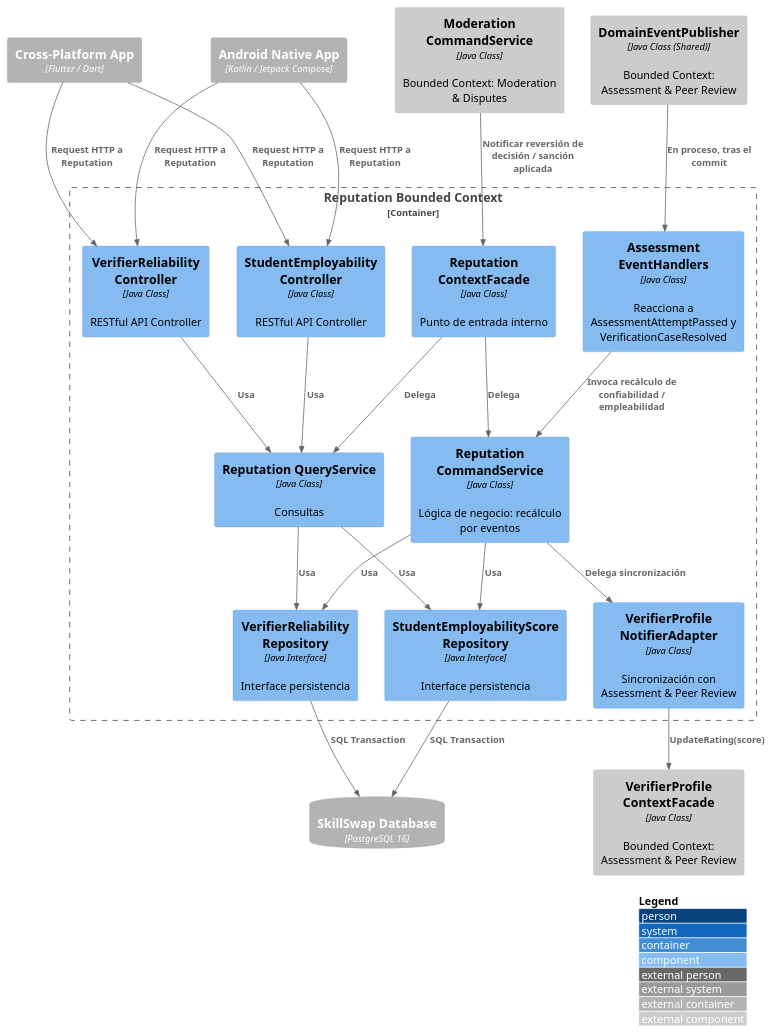
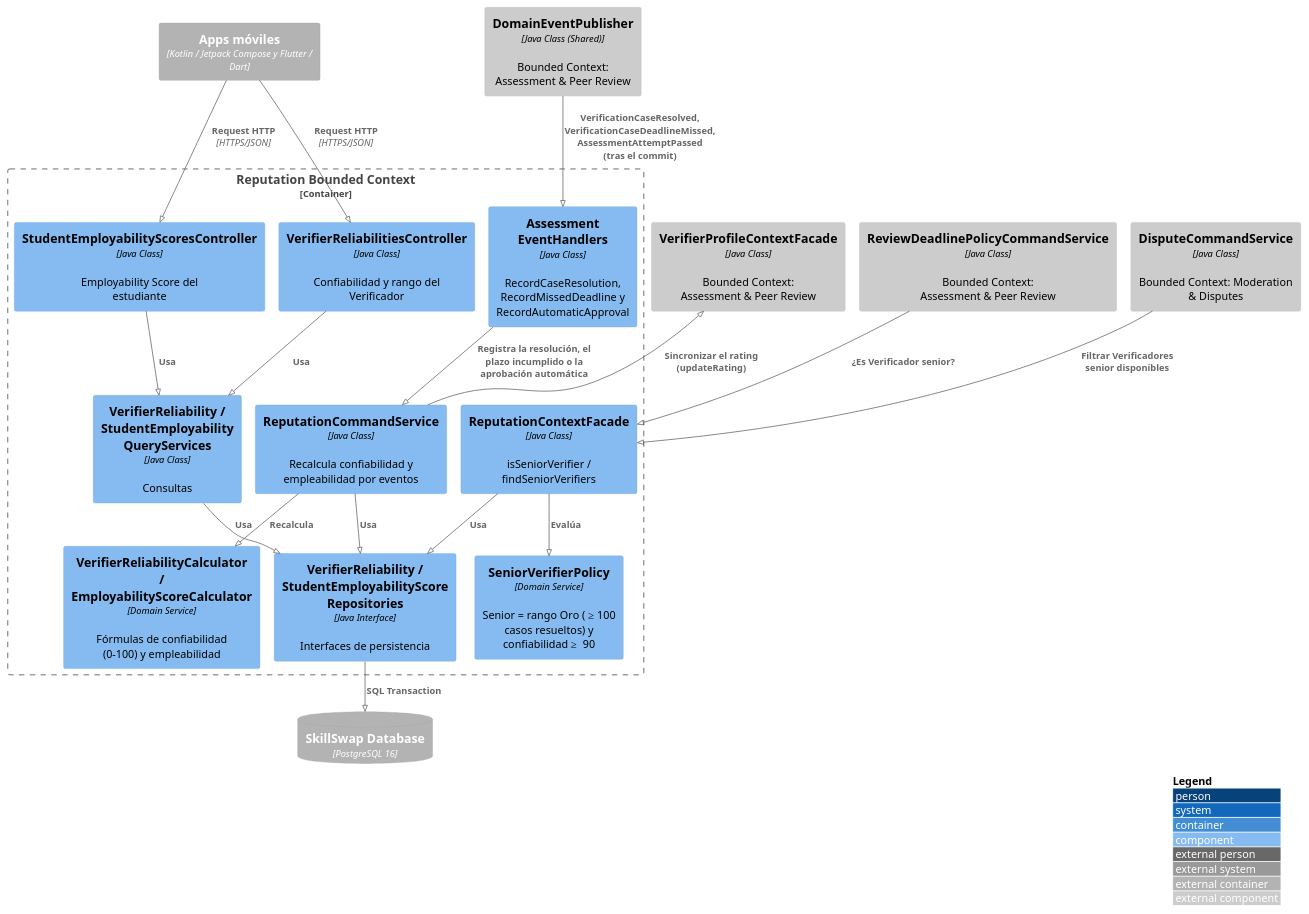
The diagram in DB&C4/Component Diagram — Reputation.puml (Aplicaciones-Dispositivos-Moviles/SkillSwap-ProjectReport), drawn with PlantUML before and after one commit. The commit also changed 25 other files, not shown here.

First line of the commit message:
docs(images): regenerate C4, context map and component diagrams

```diff
--- a/DB&C4/Component Diagram — Reputation.puml
+++ b/DB&C4/Component Diagram — Reputation.puml
@@ -1,52 +1,45 @@
 @startuml ReputationComponent
+!pragma layout smetana
 !include https://raw.githubusercontent.com/plantuml-stdlib/C4-PlantUML/master/C4_Component.puml
 
 LAYOUT_WITH_LEGEND()
 
-Container_Ext(androidApp, "Android Native App", "Kotlin / Jetpack Compose")
-Container_Ext(flutterApp, "Cross-Platform App", "Flutter / Dart")
+Container_Ext(mobileApps, "Apps móviles", "Kotlin / Jetpack Compose y Flutter / Dart")
 ContainerDb_Ext(mainDB, "SkillSwap Database", "PostgreSQL 16")
 
 Container_Boundary(reputationBC, "Reputation Bounded Context") {
-    Component(verifierReliabilityController, "VerifierReliability Controller", "Java Class", "RESTful API Controller")
-    Component(studentEmployabilityController, "StudentEmployability Controller", "Java Class", "RESTful API Controller")
-    Component(reputationCommandService, "Reputation CommandService", "Java Class", "Lógica de negocio: recálculo por eventos")
-    Component(reputationQueryService, "Reputation QueryService", "Java Class", "Consultas")
-    Component(assessmentEventHandlers, "Assessment EventHandlers", "Java Class", "Reacciona a AssessmentAttemptPassed y VerificationCaseResolved")
-    Component(verifierReliabilityRepository, "VerifierReliability Repository", "Java Interface", "Interface persistencia")
-    Component(studentEmployabilityRepository, "StudentEmployabilityScore Repository", "Java Interface", "Interface persistencia")
-    Component(verifierProfileNotifierExternal, "VerifierProfile NotifierAdapter", "Java Class", "Sincronización con Assessment & Peer Review")
-    Component(reputationContextFacade, "Reputation ContextFacade", "Java Class", "Punto de entrada interno")
+    Component(reliabilityController, "VerifierReliabilitiesController", "Java Class", "Confiabilidad y rango del Verificador")
+    Component(employabilityController, "StudentEmployabilityScoresController", "Java Class", "Employability Score del estudiante")
+    Component(eventHandlers, "Assessment EventHandlers", "Java Class", "RecordCaseResolution, RecordMissedDeadline y RecordAutomaticApproval")
+    Component(reputationCommandService, "ReputationCommandService", "Java Class", "Recalcula confiabilidad y empleabilidad por eventos")
+    Component(queryServices, "VerifierReliability / StudentEmployability QueryServices", "Java Class", "Consultas")
+    Component(calculators, "VerifierReliabilityCalculator / EmployabilityScoreCalculator", "Domain Service", "Fórmulas de confiabilidad (0–100) y empleabilidad")
+    Component(seniorPolicy, "SeniorVerifierPolicy", "Domain Service", "Senior = rango Oro (≥ 100 casos resueltos) y confiabilidad ≥ 90")
+    Component(repositories, "VerifierReliability / StudentEmployabilityScore Repositories", "Java Interface", "Interfaces de persistencia")
+    Component(reputationFacade, "ReputationContextFacade", "Java Class", "isSeniorVerifier / findSeniorVerifiers")
 }
 
-Component_Ext(verifierProfileContextFacade, "VerifierProfile ContextFacade", "Java Class", "Bounded Context: Assessment & Peer Review")
-Component_Ext(assessmentDomainEventPublisher, "DomainEventPublisher", "Java Class (Shared)", "Bounded Context: Assessment & Peer Review")
-Component_Ext(moderationCommandService, "Moderation CommandService", "Java Class", "Bounded Context: Moderation & Disputes")
+Component_Ext(assessmentPublisher, "DomainEventPublisher", "Java Class (Shared)", "Bounded Context: Assessment & Peer Review")
+Component_Ext(verifierFacade, "VerifierProfileContextFacade", "Java Class", "Bounded Context: Assessment & Peer Review")
+Component_Ext(deadlinePolicyService, "ReviewDeadlinePolicyCommandService", "Java Class", "Bounded Context: Assessment & Peer Review")
+Component_Ext(disputeCommandService, "DisputeCommandService", "Java Class", "Bounded Context: Moderation & Disputes")
 
-Rel(androidApp, verifierReliabilityController, "Request HTTP a Reputation")
-Rel(flutterApp, verifierReliabilityController, "Request HTTP a Reputation")
-Rel(androidApp, studentEmployabilityController, "Request HTTP a Reputation")
-Rel(flutterApp, studentEmployabilityController, "Request HTTP a Reputation")
+Rel(mobileApps, reliabilityController, "Request HTTP", "HTTPS/JSON")
+Rel(mobileApps, employabilityController, "Request HTTP", "HTTPS/JSON")
+Rel(reliabilityController, queryServices, "Usa")
+Rel(employabilityController, queryServices, "Usa")
 
-Rel(verifierReliabilityController, reputationQueryService, "Usa")
-Rel(studentEmployabilityController, reputationQueryService, "Usa")
+Rel(assessmentPublisher, eventHandlers, "VerificationCaseResolved, VerificationCaseDeadlineMissed, AssessmentAttemptPassed (tras el commit)")
+Rel(eventHandlers, reputationCommandService, "Registra la resolución, el plazo incumplido o la aprobación automática")
+Rel(reputationCommandService, calculators, "Recalcula")
+Rel(reputationCommandService, repositories, "Usa")
+Rel(queryServices, repositories, "Usa")
+Rel(repositories, mainDB, "SQL Transaction")
+Rel_U(reputationCommandService, verifierFacade, "Sincronizar el rating (updateRating)")
 
-Rel(reputationCommandService, verifierReliabilityRepository, "Usa")
-Rel(reputationCommandService, studentEmployabilityRepository, "Usa")
-Rel(reputationQueryService, verifierReliabilityRepository, "Usa")
-Rel(reputationQueryService, studentEmployabilityRepository, "Usa")
-Rel(verifierReliabilityRepository, mainDB, "SQL Transaction")
-Rel(studentEmployabilityRepository, mainDB, "SQL Transaction")
-
-Rel(assessmentDomainEventPublisher, assessmentEventHandlers, "En proceso, tras el commit")
-Rel(assessmentEventHandlers, reputationCommandService, "Invoca recálculo de confiabilidad / empleabilidad")
-
-Rel(reputationCommandService, verifierProfileNotifierExternal, "Delega sincronización")
-Rel(verifierProfileNotifierExternal, verifierProfileContextFacade, "UpdateRating(score)")
-
-Rel(reputationContextFacade, reputationCommandService, "Delega")
-Rel(reputationContextFacade, reputationQueryService, "Delega")
-
-Rel(moderationCommandService, reputationContextFacade, "Notificar reversión de decisión / sanción aplicada")
+Rel(reputationFacade, repositories, "Usa")
+Rel(reputationFacade, seniorPolicy, "Evalúa")
+Rel(deadlinePolicyService, reputationFacade, "¿Es Verificador senior?")
+Rel(disputeCommandService, reputationFacade, "Filtrar Verificadores senior disponibles")
 
 @enduml
```
